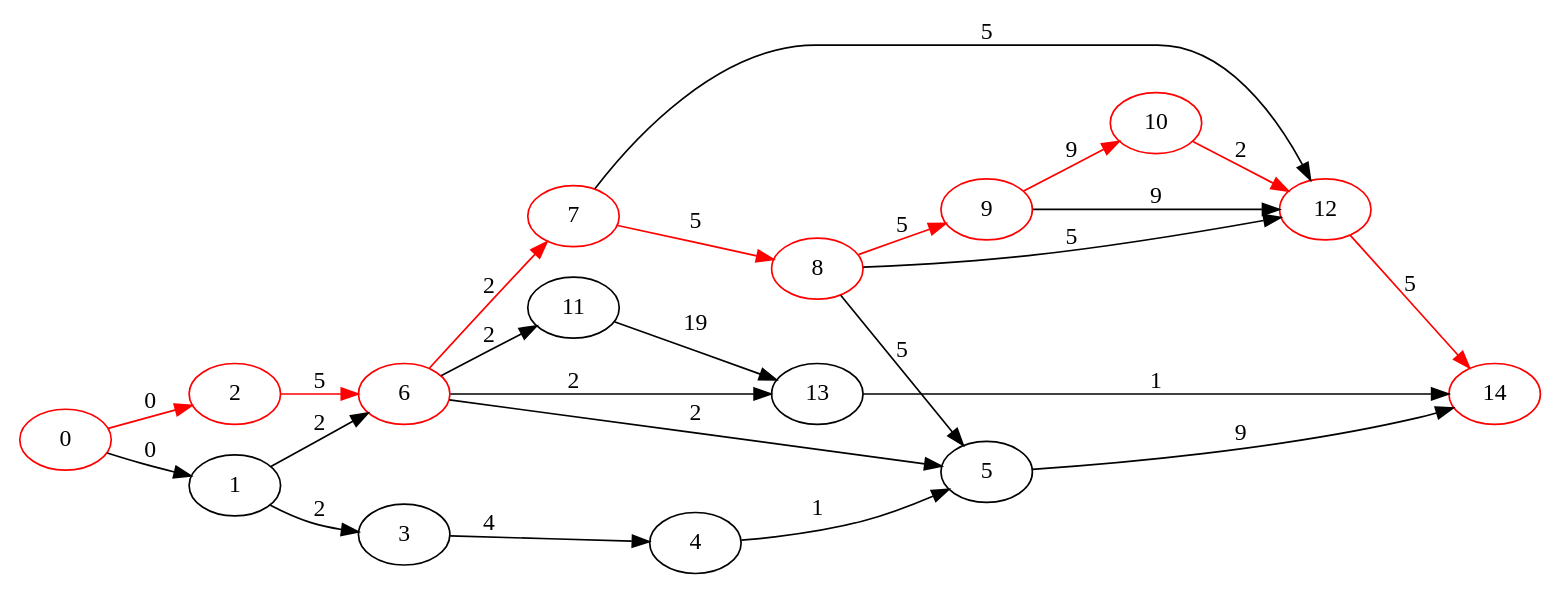
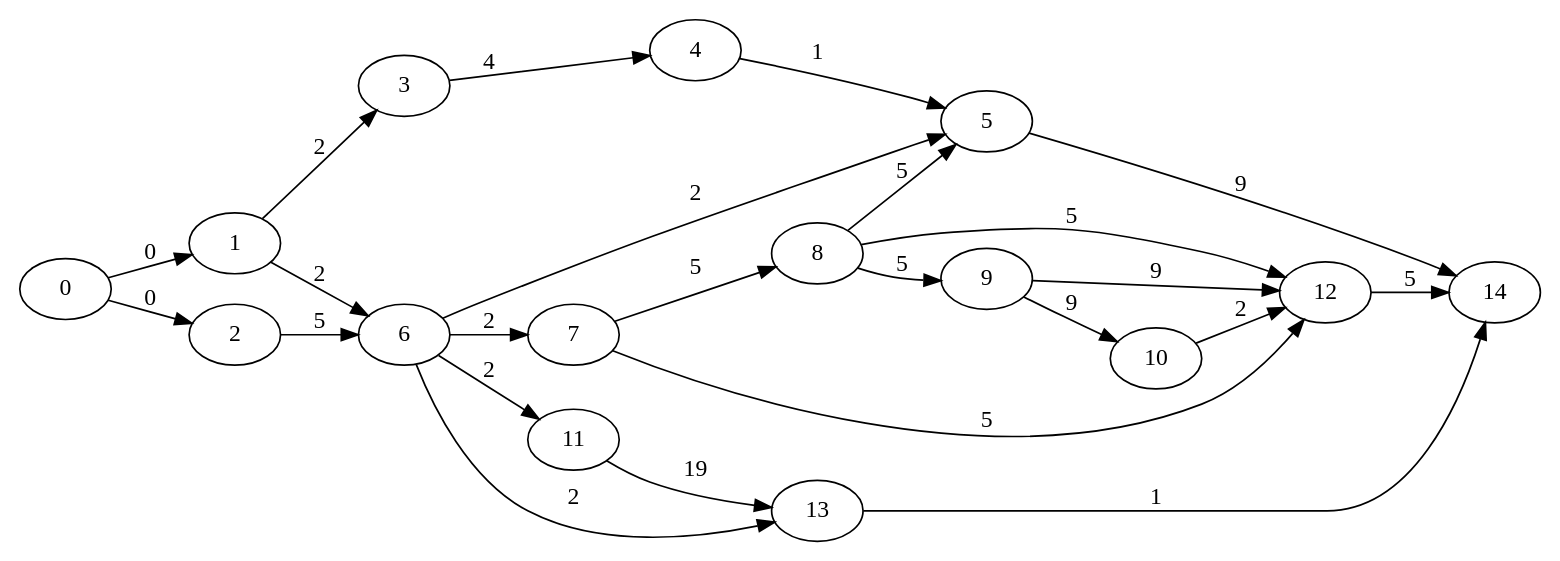
The diagram in out/2.gv (avivi55/graphs), drawn with Graphviz before and after one commit. The commit also changed 59 other files, not shown here.

```diff
--- a/out/2.gv
+++ b/out/2.gv
@@ -1,34 +1,25 @@
 digraph { rankdir=LR
-    "2" [color="red" label="2"]
-    "6" [color="red" label="6"]
-    "7" [color="red" label="7"]
-    "8" [color="red" label="8"]
-    "9" [color="red" label="9"]
-    "10" [color="red" label="10"]
-    "12" [color="red" label="12"]
-    "0" [color="red" label="0"]
-    "14" [color="red" label="14"]
     "1" -> "3" [label="2" ]
     "1" -> "6" [label="2" ]
-    "2" -> "6" [label="5" color="red" ]
+    "2" -> "6" [label="5" ]
     "3" -> "4" [label="4" ]
     "4" -> "5" [label="1" ]
     "5" -> "14" [label="9" ]
     "6" -> "5" [label="2" ]
-    "6" -> "7" [label="2" color="red" ]
+    "6" -> "7" [label="2" ]
     "6" -> "11" [label="2" ]
     "6" -> "13" [label="2" ]
-    "7" -> "8" [label="5" color="red" ]
+    "7" -> "8" [label="5" ]
     "7" -> "12" [label="5" ]
     "8" -> "5" [label="5" ]
-    "8" -> "9" [label="5" color="red" ]
+    "8" -> "9" [label="5" ]
     "8" -> "12" [label="5" ]
-    "9" -> "10" [label="9" color="red" ]
+    "9" -> "10" [label="9" ]
     "9" -> "12" [label="9" ]
-    "10" -> "12" [label="2" color="red" ]
+    "10" -> "12" [label="2" ]
     "11" -> "13" [label="19" ]
-    "12" -> "14" [label="5" color="red" ]
+    "12" -> "14" [label="5" ]
     "13" -> "14" [label="1" ]
     "0" -> "1" [label="0" ]
-    "0" -> "2" [label="0" color="red" color="red" ]
+    "0" -> "2" [label="0" ]
 }
```
